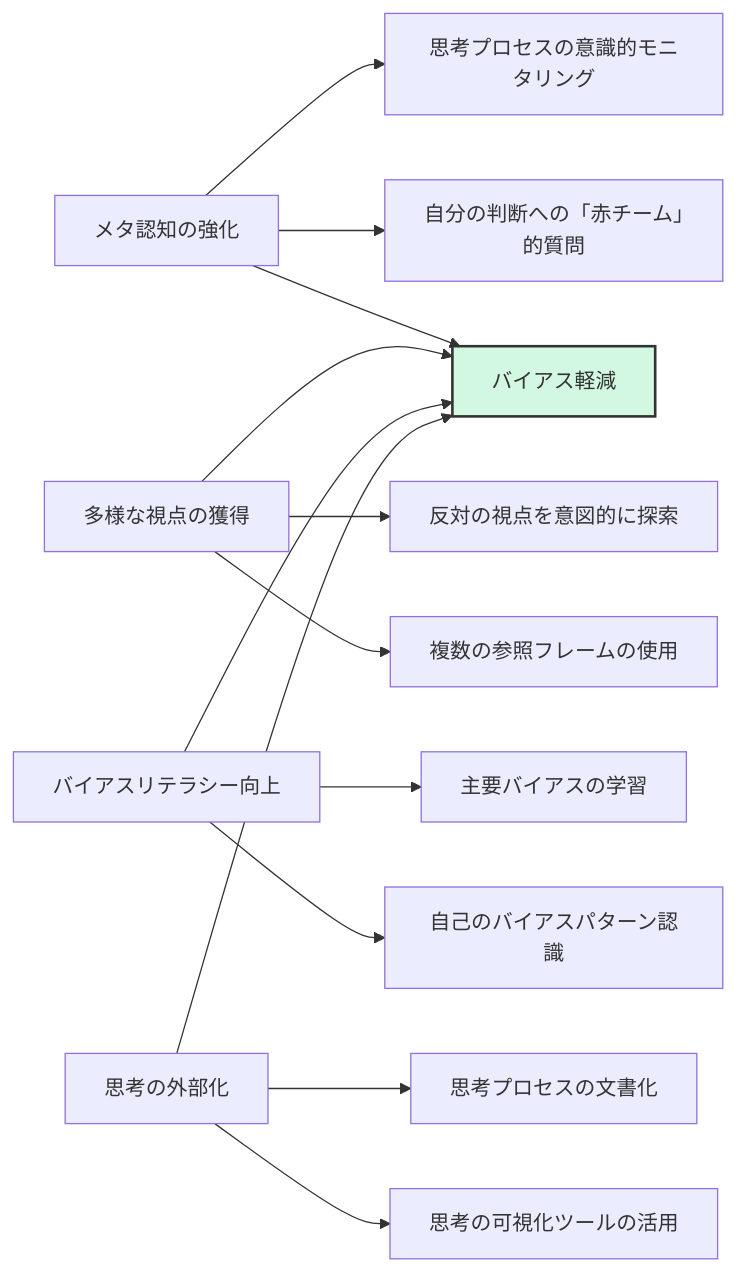
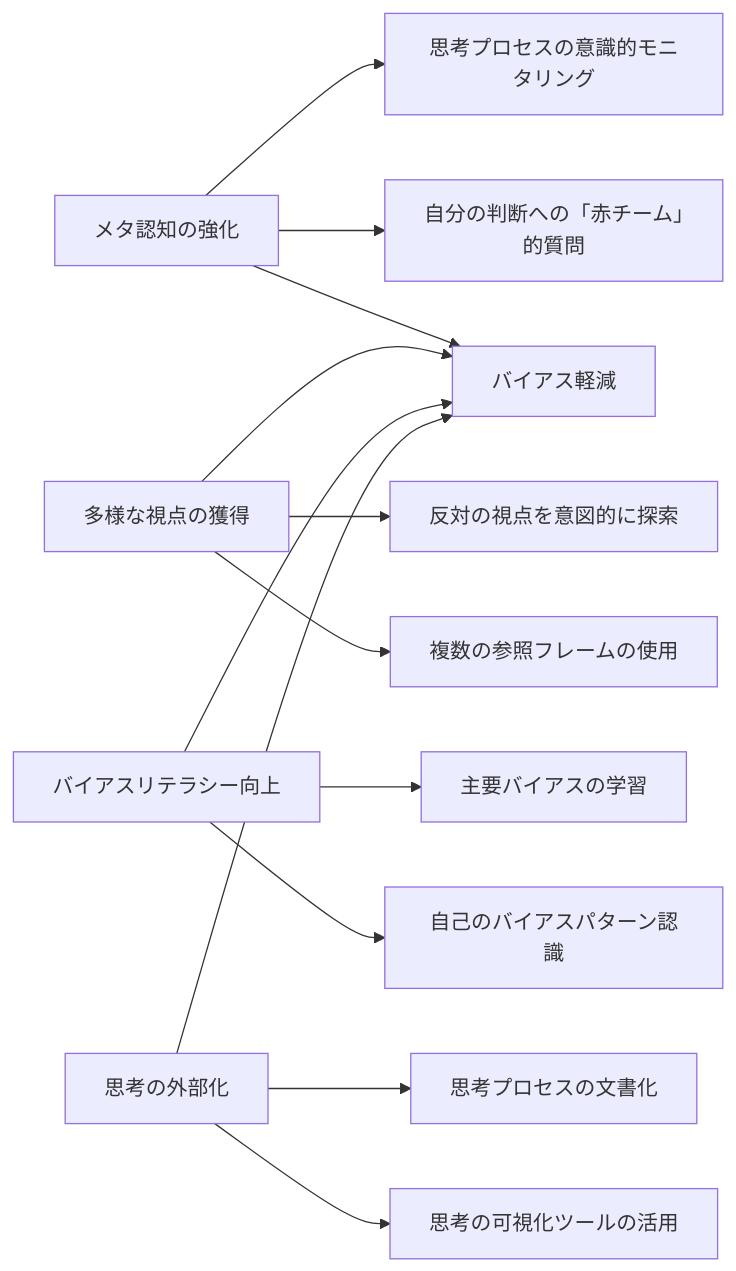
One commit to shuji-bonji/Situational-Awareness-and-Decision-Making changed the third of 4 diagrams in docs/decision-making-guide/cognitive-biases.md. Above: the diagram before and after it, drawn with Mermaid. The commit also changed other lines of this file and 49 other files, not shown here.

Commit message:
fix: ダークモードで見づらい図の色の変更

````diff
--- a/docs/decision-making-guide/cognitive-biases.md
+++ b/docs/decision-making-guide/cognitive-biases.md
@@ -191,21 +191,21 @@
     ```mermaid
     graph LR
         A[メタ認知の強化] --> A1[思考プロセスの意識的モニタリング]
         A --> A2[自分の判断への「赤チーム」的質問]
         
         B[多様な視点の獲得] --> B1[反対の視点を意図的に探索]
         B --> B2[複数の参照フレームの使用]
         
         C[バイアスリテラシー向上] --> C1[主要バイアスの学習]
         C --> C2[自己のバイアスパターン認識]
         
         D[思考の外部化] --> D1[思考プロセスの文書化]
         D --> D2[思考の可視化ツールの活用]
         
         A --> E[バイアス軽減]
         B --> E
         C --> E
         D --> E
         
-        style E fill:#d3f8e2,stroke:#333,stroke-width:2px
+    
     ```
````
